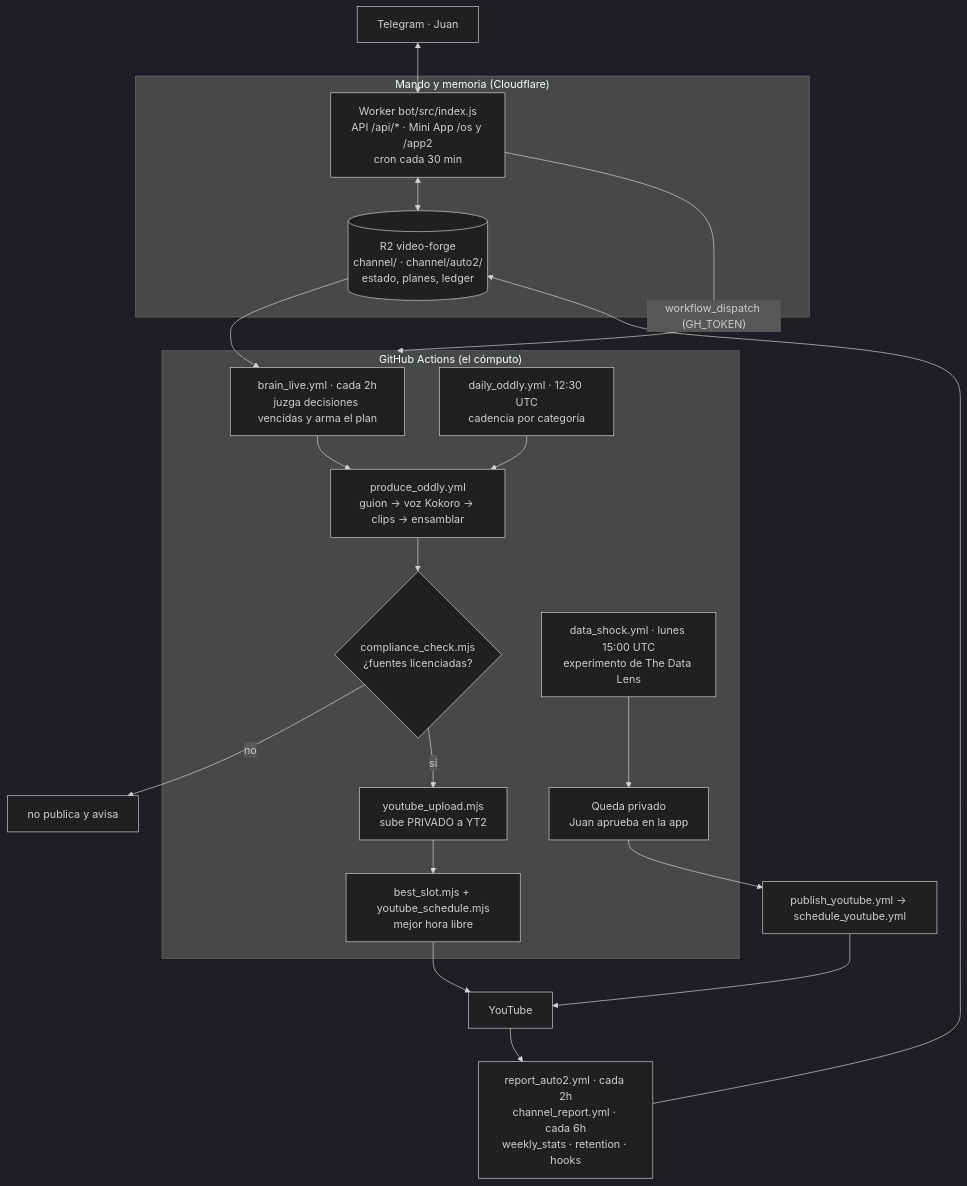
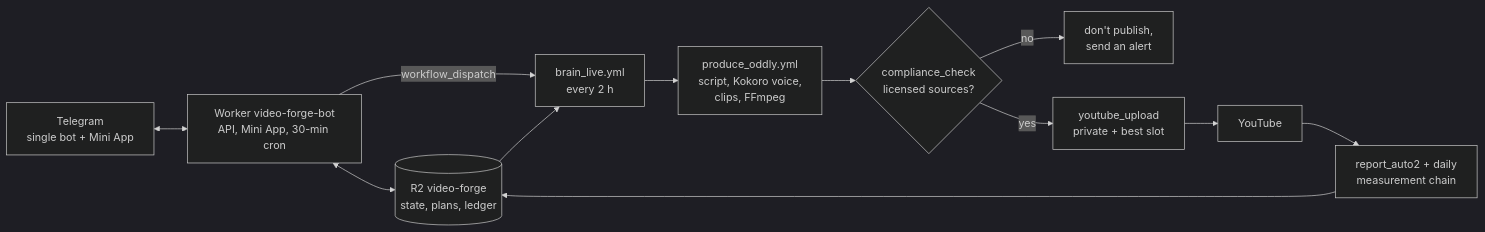
One commit to juanberrio0399/video-forge changed the diagram in README.md. Above: the diagram before and after it, drawn with Mermaid (dark theme). The commit also changed other lines of this file and 5 other files, not shown here.

````diff
--- a/README.md
+++ b/README.md
@@ -35,37 +20,14 @@
 ```mermaid
-flowchart TD
-  subgraph mando["Mando y memoria (Cloudflare)"]
-    worker["Worker bot/src/index.js<br/>API /api/* · Mini App /os y /app2<br/>cron cada 30 min"]
-    r2[("R2 video-forge<br/>channel/ · channel/auto2/<br/>estado, planes, ledger")]
-  end
-
-  tg["Telegram · Juan"] <--> worker
-  worker <--> r2
-
-  subgraph gha["GitHub Actions (el cómputo)"]
-    brain["brain_live.yml · cada 2h<br/>juzga decisiones vencidas y arma el plan"]
-    cad["daily_oddly.yml · 12:30 UTC<br/>cadencia por categoría"]
-    prod["produce_oddly.yml<br/>guion → voz Kokoro → clips → ensamblar"]
-    gate{"compliance_check.mjs<br/>¿fuentes licenciadas?"}
-    up["youtube_upload.mjs<br/>sube PRIVADO a YT2"]
-    sch["best_slot.mjs + youtube_schedule.mjs<br/>mejor hora libre"]
-    shock["data_shock.yml · lunes 15:00 UTC<br/>experimento de The Data Lens"]
-    rev["Queda privado<br/>Juan aprueba en la app"]
-  end
-
-  worker -- "workflow_dispatch (GH_TOKEN)" --> gha
-  brain --> prod
-  cad --> prod
-  prod --> gate
-  gate -- "no" --> stop["no publica y avisa"]
-  gate -- "sí" --> up
-  up --> sch
-  shock --> rev
-  rev --> pubdl["publish_youtube.yml → schedule_youtube.yml"]
-
-  sch --> yt["YouTube"]
-  pubdl --> yt
-  yt --> rep["report_auto2.yml · cada 2h<br/>channel_report.yml · cada 6h<br/>weekly_stats · retention · hooks"]
-  rep --> r2
-  r2 --> brain
+flowchart LR
+  TG["Telegram<br/>single bot + Mini App"] <--> WK["Worker video-forge-bot<br/>API, Mini App, 30-min cron"]
+  WK <--> R2[("R2 video-forge<br/>state, plans, ledger")]
+  WK -- "workflow_dispatch" --> BR["brain_live.yml<br/>every 2 h"]
+  BR --> PR["produce_oddly.yml<br/>script, Kokoro voice,<br/>clips, FFmpeg"]
+  PR --> CC{"compliance_check<br/>licensed sources?"}
+  CC -- "no" --> STOP["don't publish,<br/>send an alert"]
+  CC -- "yes" --> UP["youtube_upload<br/>private + best slot"]
+  UP --> YT["YouTube"]
+  YT --> MS["report_auto2 + daily<br/>measurement chain"]
+  MS --> R2
+  R2 --> BR
 ```
````
